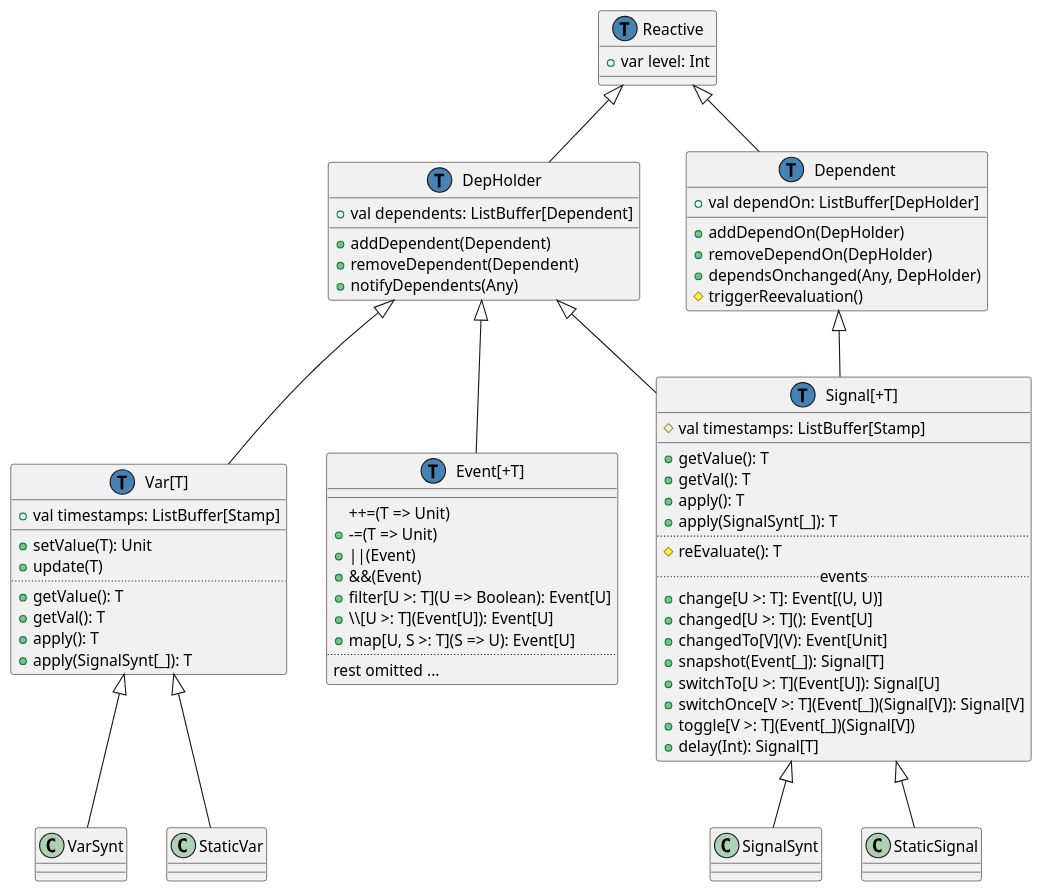
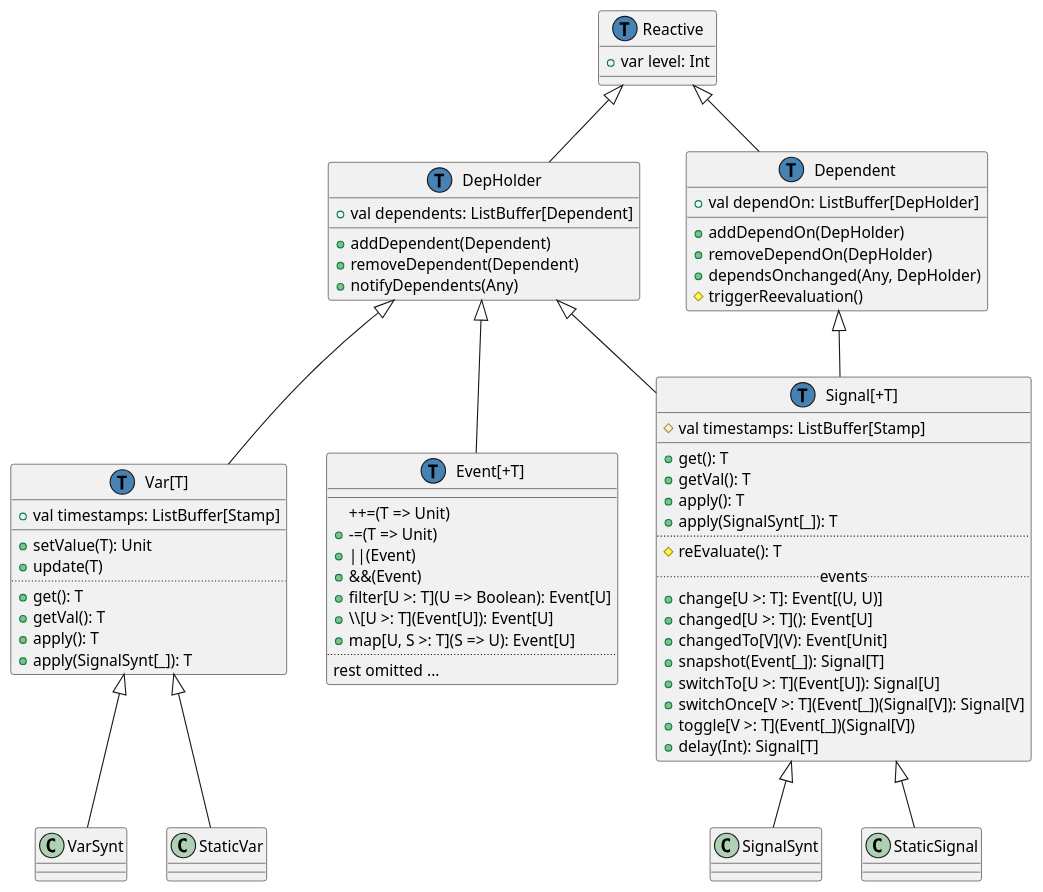
One commit to rescala-lang/REScala changed the diagram in doc/class-hierarchy/pre-refactoring-may-14.plantuml. Above: the diagram before and after it, drawn with PlantUML. The commit also changed 17 other files, not shown here.

Commit message:
Rename `getValue` to `get`

```diff
--- a/doc/class-hierarchy/pre-refactoring-may-14.plantuml
+++ b/doc/class-hierarchy/pre-refactoring-may-14.plantuml
@@ -1,83 +1,83 @@
 @startuml
 class Reactive {
   +var level: Int
 }
 
 class DepHolder extends Reactive {
   +val dependents: ListBuffer[Dependent]
   __
   +addDependent(Dependent)
   +removeDependent(Dependent)
   +notifyDependents(Any)
 }
 
 class Dependent extends Reactive {
   +val dependOn: ListBuffer[DepHolder]
   __
   +addDependOn(DepHolder)
   +removeDependOn(DepHolder)
   +dependsOnchanged(Any, DepHolder)
   #triggerReevaluation()
 }
 
 class "Var[T]" as Var extends DepHolder {
   +val timestamps: ListBuffer[Stamp]
   __
   +setValue(T): Unit
   +update(T)
   ..
-  +getValue(): T
+  +get(): T
   +getVal(): T
   +apply(): T
   +apply(SignalSynt[_]): T
 }
 
 class "Signal[+T]" as Signal {
   #val timestamps: ListBuffer[Stamp]
   __
-  +getValue(): T
+  +get(): T
   +getVal(): T
   +apply(): T
   +apply(SignalSynt[_]): T
   ..
   #reEvaluate(): T
   .. events ..
   +change[U >: T]: Event[(U, U)]
   +changed[U >: T](): Event[U]
   +changedTo[V](V): Event[Unit]
   +snapshot(Event[_]): Signal[T]
   +switchTo[U >: T](Event[U]): Signal[U]
   +switchOnce[V >: T](Event[_])(Signal[V]): Signal[V]
   +toggle[V >: T](Event[_])(Signal[V])
   +delay(Int): Signal[T]
 }
 
 DepHolder <|-- Signal
 Dependent <|-- Signal
 
 class "Event[+T]" as Event extends DepHolder {
   __
   ++=(T => Unit)
   +-=(T => Unit)
   +||(Event)
   +&&(Event)
   +filter[U >: T](U => Boolean): Event[U]
   +\\\[U >: T](Event[U]): Event[U]
   +map[U, S >: T](S => U): Event[U]
   ..
   rest omitted ...
 }
 
 
 Signal <|-- SignalSynt
 Signal <|-- StaticSignal
 Var <|-- VarSynt
 Var <|-- StaticVar
 
 class Signal << (T,#4682b4) >>
 class Var << (T,#4682b4) >>
 class DepHolder << (T,#4682b4) >>
 class Dependent << (T,#4682b4) >>
 class Reactive << (T,#4682b4) >>
 class Event << (T,#4682b4) >>
 @enduml
```
